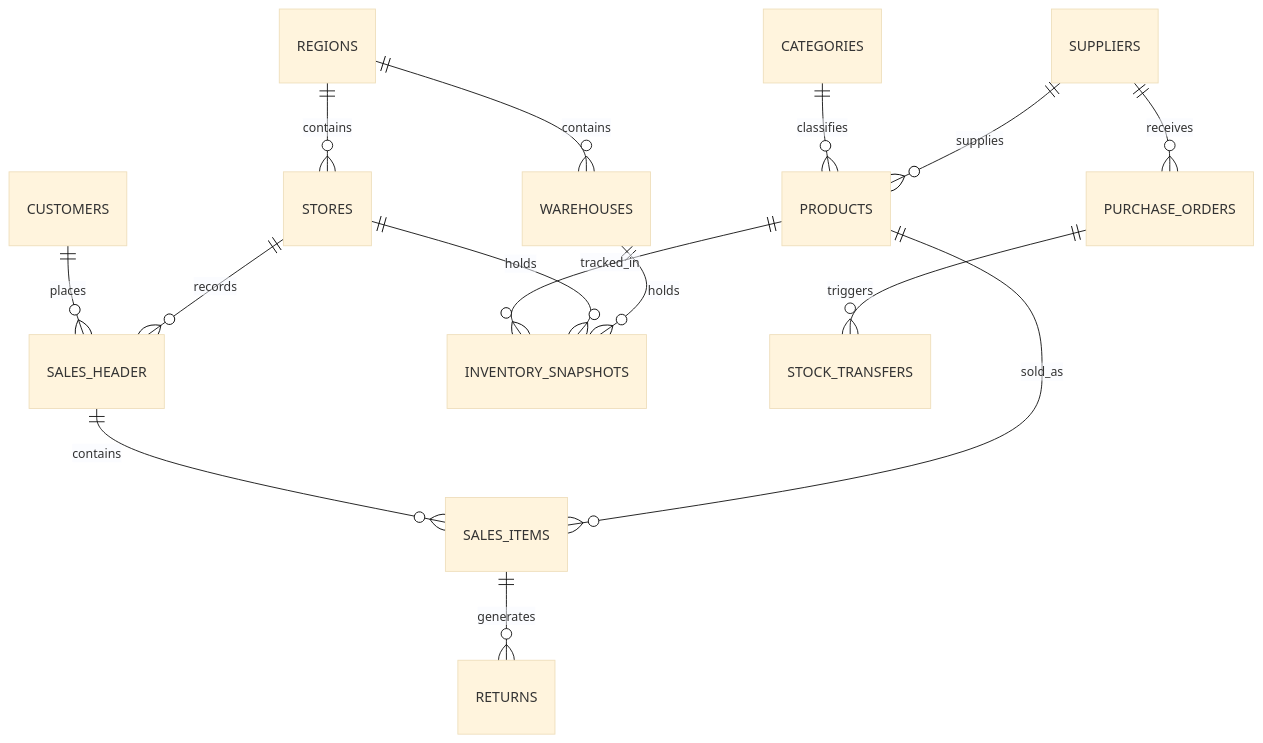
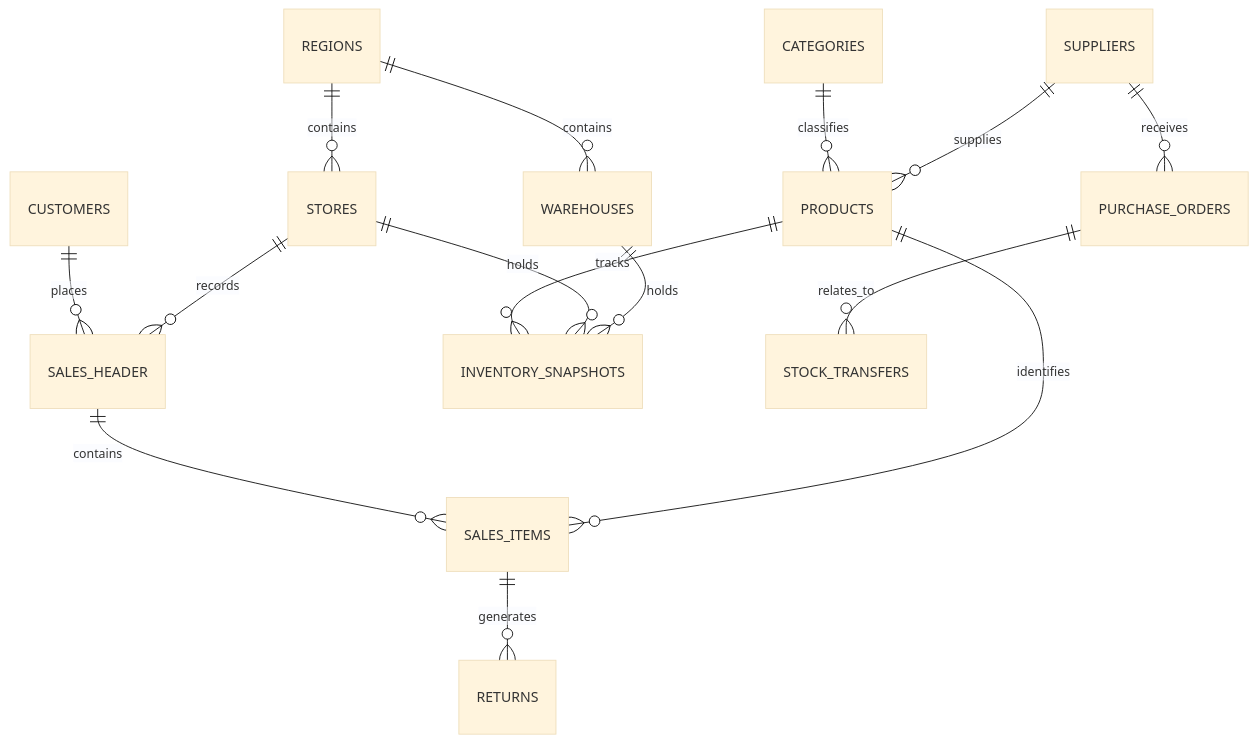
Before and after one commit to yashodi2000/RetailIQ-Analytics-Engine: the diagram in README.md, drawn with Mermaid (base theme). The commit also changed other lines of this file, not shown here.

````diff
--- a/README.md
+++ b/README.md
@@ -137,17 +207,17 @@
 ```mermaid
 erDiagram
     REGIONS ||--o{ STORES : contains
     REGIONS ||--o{ WAREHOUSES : contains
     CATEGORIES ||--o{ PRODUCTS : classifies
     SUPPLIERS ||--o{ PRODUCTS : supplies
     CUSTOMERS ||--o{ SALES_HEADER : places
     STORES ||--o{ SALES_HEADER : records
     SALES_HEADER ||--o{ SALES_ITEMS : contains
-    PRODUCTS ||--o{ SALES_ITEMS : sold_as
+    PRODUCTS ||--o{ SALES_ITEMS : identifies
     SALES_ITEMS ||--o{ RETURNS : generates
-    PRODUCTS ||--o{ INVENTORY_SNAPSHOTS : tracked_in
+    PRODUCTS ||--o{ INVENTORY_SNAPSHOTS : tracks
     STORES ||--o{ INVENTORY_SNAPSHOTS : holds
     WAREHOUSES ||--o{ INVENTORY_SNAPSHOTS : holds
     SUPPLIERS ||--o{ PURCHASE_ORDERS : receives
-    PURCHASE_ORDERS ||--o{ STOCK_TRANSFERS : triggers
+    PURCHASE_ORDERS ||--o{ STOCK_TRANSFERS : relates_to
 ```
````
